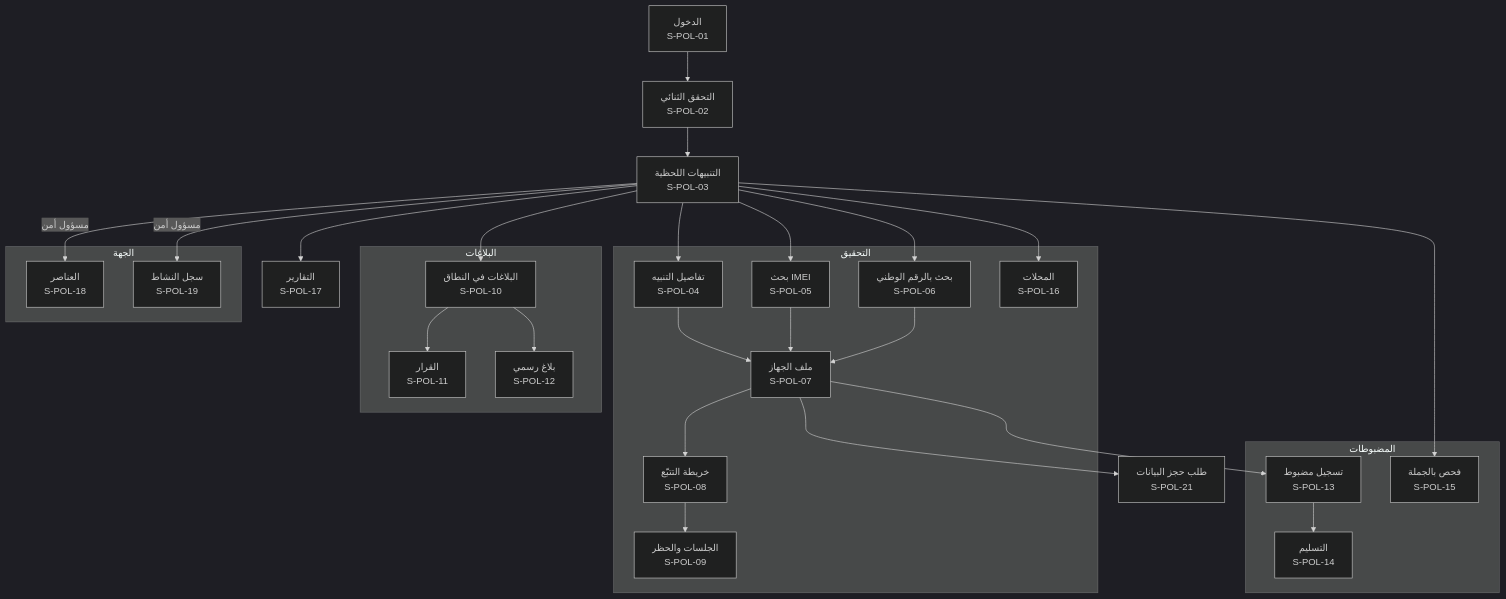
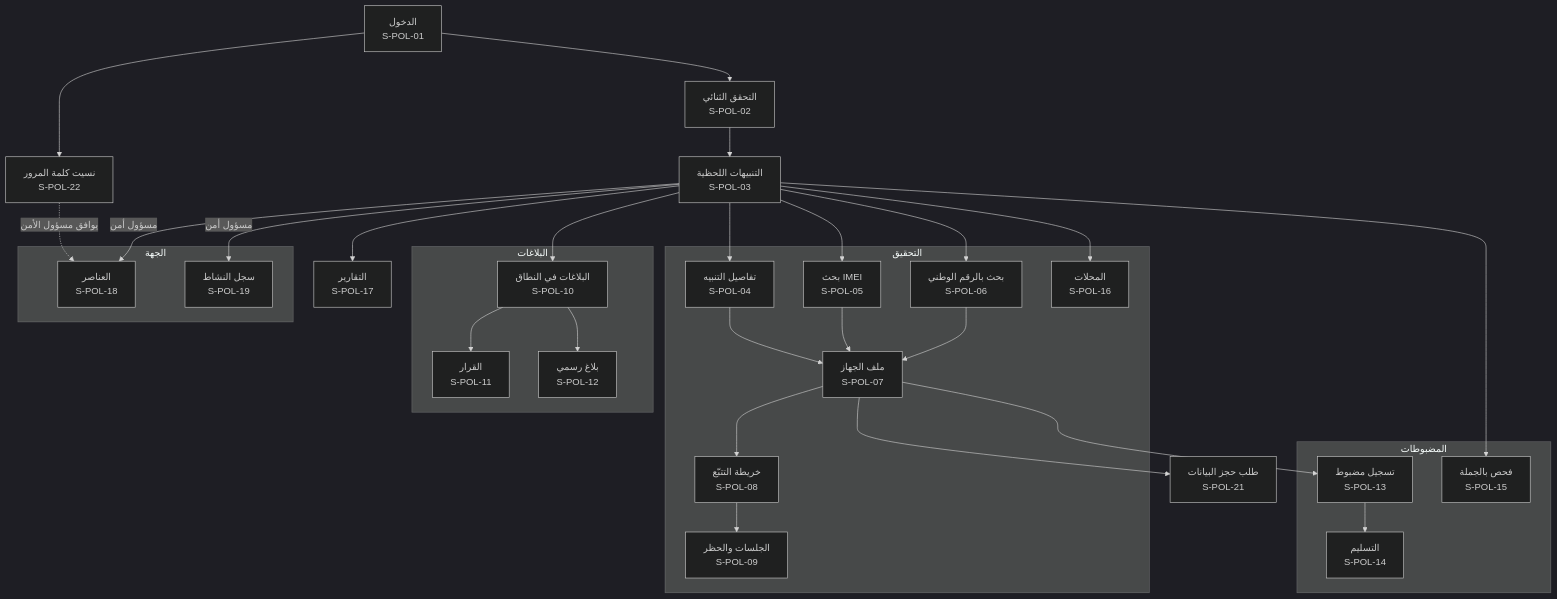
Before and after one commit to servacode/imei: diagram 16 of 19 in docs/18-screen-inventory.md, drawn with Mermaid (dark theme). The commit also changed other lines of this file and 28 other files, not shown here.

````diff
--- a/docs/18-screen-inventory.md
+++ b/docs/18-screen-inventory.md
@@ -1030,41 +1037,43 @@
 ```mermaid
 flowchart TD
     S_POL_01["الدخول<br/>S-POL-01"]
+    S_POL_22["نسيت كلمة المرور<br/>S-POL-22"]
     S_POL_02["التحقق الثنائي<br/>S-POL-02"]
     S_POL_03["التنبيهات اللحظية<br/>S-POL-03"]
     subgraph INV ["التحقيق"]
         S_POL_04["تفاصيل التنبيه<br/>S-POL-04"]
         S_POL_05["بحث IMEI<br/>S-POL-05"]
         S_POL_06["بحث بالرقم الوطني<br/>S-POL-06"]
         S_POL_07["ملف الجهاز<br/>S-POL-07"]
         S_POL_08["خريطة التتبّع<br/>S-POL-08"]
         S_POL_09["الجلسات والحظر<br/>S-POL-09"]
         S_POL_16["المحلات<br/>S-POL-16"]
     end
     subgraph REP ["البلاغات"]
         S_POL_10["البلاغات في النطاق<br/>S-POL-10"]
         S_POL_11["القرار<br/>S-POL-11"]
         S_POL_12["بلاغ رسمي<br/>S-POL-12"]
     end
     subgraph SEIZ ["المضبوطات"]
         S_POL_13["تسجيل مضبوط<br/>S-POL-13"]
         S_POL_14["التسليم<br/>S-POL-14"]
         S_POL_15["فحص بالجملة<br/>S-POL-15"]
     end
     subgraph UNIT ["الجهة"]
         S_POL_18["العناصر<br/>S-POL-18"]
         S_POL_19["سجل النشاط<br/>S-POL-19"]
     end
     S_POL_17["التقارير<br/>S-POL-17"]
     S_POL_21["طلب حجز البيانات<br/>S-POL-21"]
     S_POL_01 --> S_POL_02 --> S_POL_03 --> S_POL_04 --> S_POL_07
     S_POL_03 --> S_POL_05 --> S_POL_07
     S_POL_03 --> S_POL_06 --> S_POL_07
     S_POL_07 --> S_POL_08 --> S_POL_09
     S_POL_07 --> S_POL_13 --> S_POL_14
     S_POL_03 --> S_POL_10 --> S_POL_11
     S_POL_10 --> S_POL_12
     S_POL_03 --> S_POL_15 & S_POL_16 & S_POL_17
     S_POL_07 --> S_POL_21
+    S_POL_01 --> S_POL_22 -. "يوافق مسؤول الأمن" .-> S_POL_18
     S_POL_03 -- "مسؤول أمن" --> S_POL_18 & S_POL_19
 ```
````
